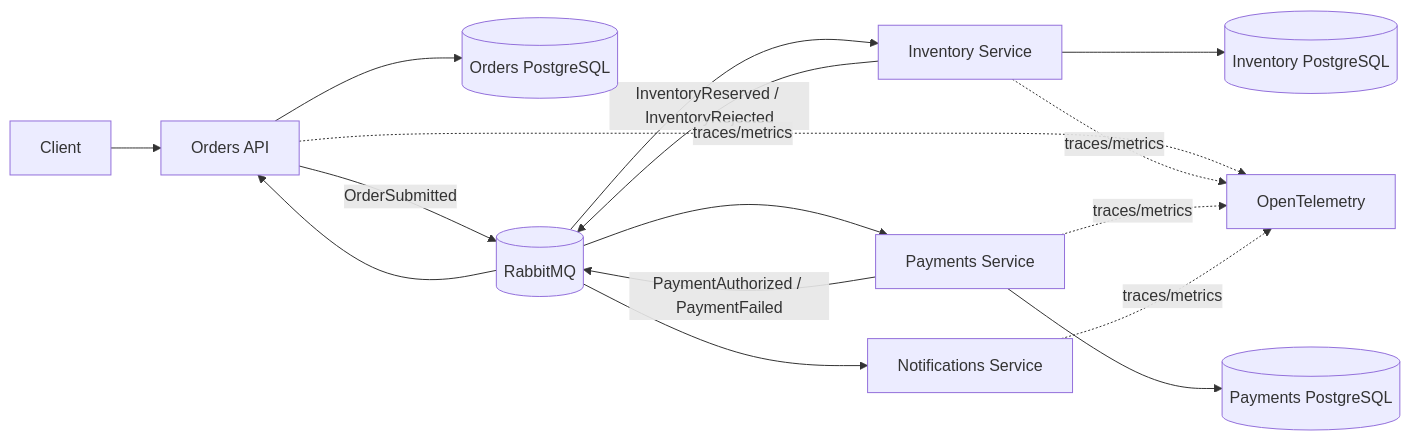
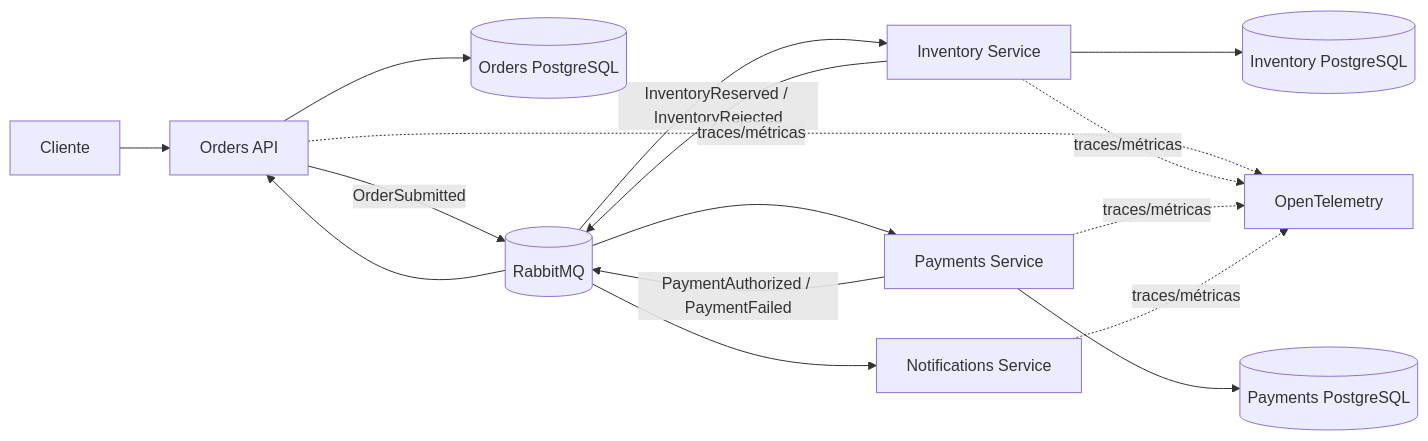
Before and after one commit to WillianZanutoOliveira/api-dotnet: the diagram in README.md, drawn with Mermaid. The commit also changed other lines of this file and 1 other file, not shown here.

````diff
--- a/README.md
+++ b/README.md
@@ -59,23 +61,23 @@
 ```mermaid
 flowchart LR
-    Client[Client] --> Orders[Orders API]
+    Client[Cliente] --> Orders[Orders API]
 
     Orders --> ODB[(Orders PostgreSQL)]
     Orders -- OrderSubmitted --> Rabbit[(RabbitMQ)]
 
     Rabbit --> Inventory[Inventory Service]
     Inventory --> IDB[(Inventory PostgreSQL)]
     Inventory -- InventoryReserved / InventoryRejected --> Rabbit
 
     Rabbit --> Payments[Payments Service]
     Payments --> PDB[(Payments PostgreSQL)]
     Payments -- PaymentAuthorized / PaymentFailed --> Rabbit
 
     Rabbit --> Orders
     Rabbit --> Notifications[Notifications Service]
 
-    Orders -. traces/metrics .-> OTel[OpenTelemetry]
-    Inventory -. traces/metrics .-> OTel
-    Payments -. traces/metrics .-> OTel
-    Notifications -. traces/metrics .-> OTel
+    Orders -. traces/métricas .-> OTel[OpenTelemetry]
+    Inventory -. traces/métricas .-> OTel
+    Payments -. traces/métricas .-> OTel
+    Notifications -. traces/métricas .-> OTel
 ```
````
